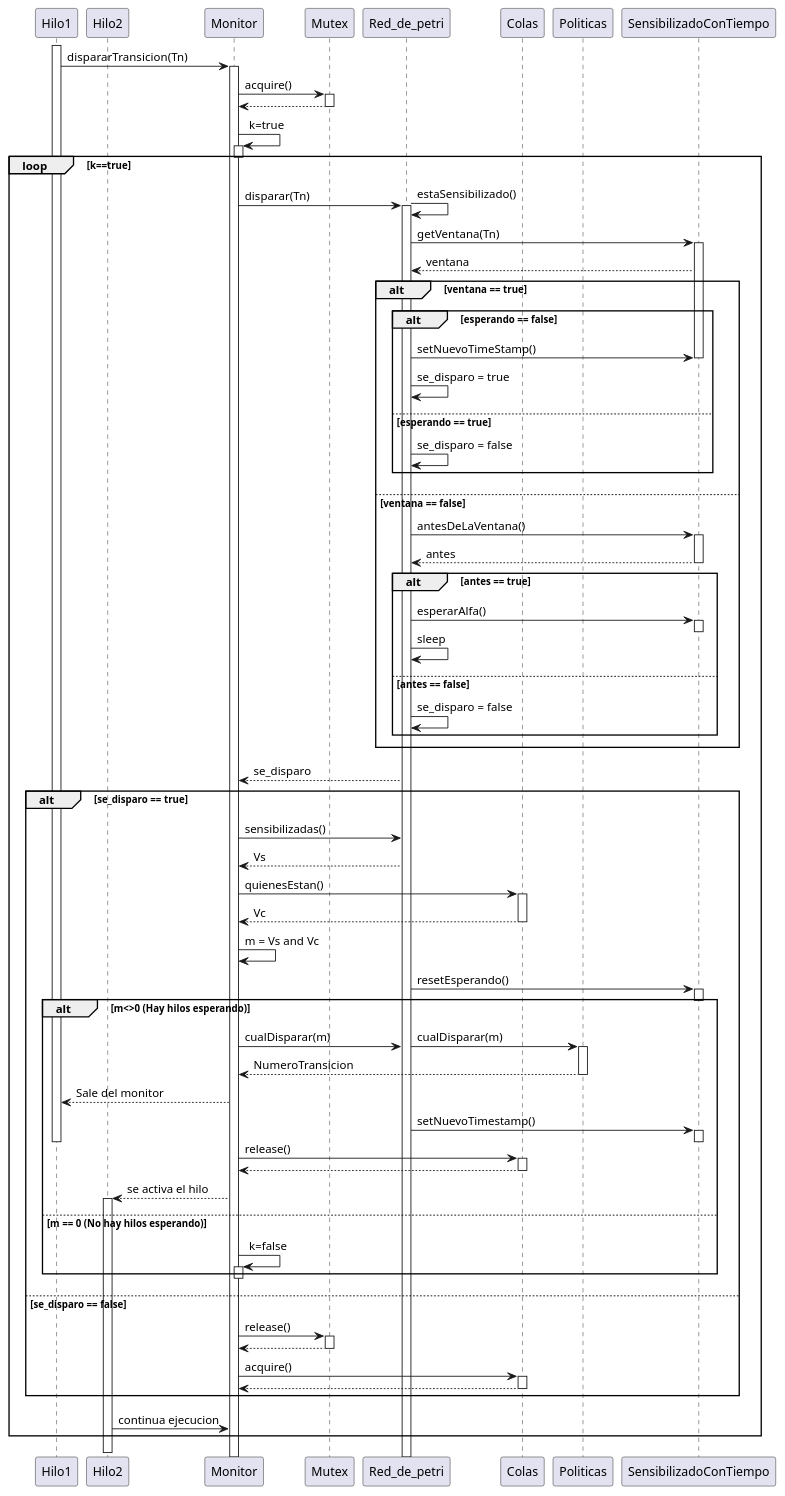
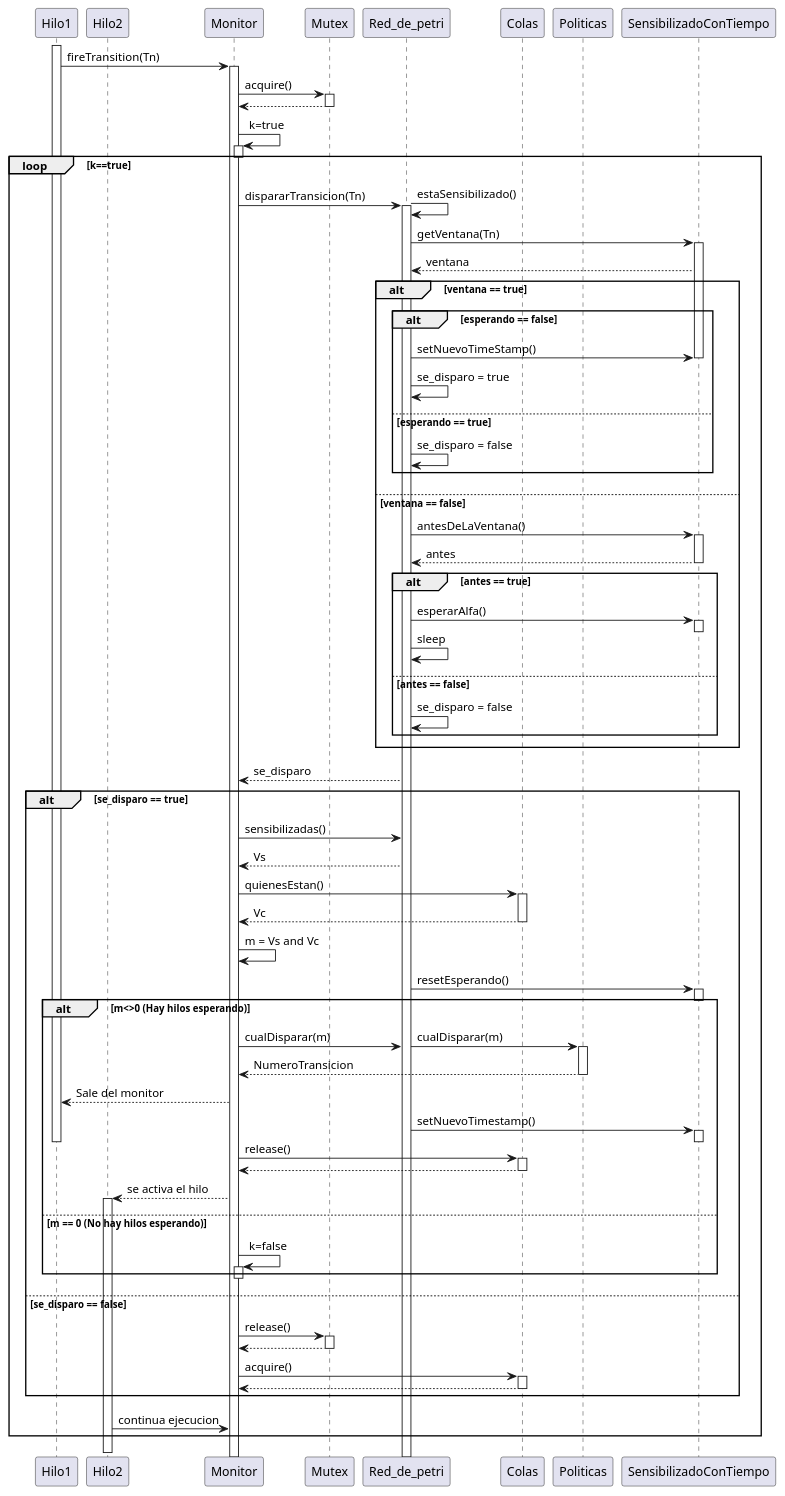
The diagram in doc/diagrama_sec_temp.puml (JosiasTomasnanez/flightAgencyAttendanceMonitor), drawn with PlantUML before and after one commit. The commit also changed 3 other files, not shown here.

Commit message:
Actualizacion diagramas de secuencia

```diff
--- a/doc/diagrama_sec_temp.puml
+++ b/doc/diagrama_sec_temp.puml
@@ -1,110 +1,110 @@
 @startuml secuencia
 !pragma teoz true
 ' Definicion de participantes
 participant Hilo1
 participant Hilo2
 participant Monitor
 participant Mutex
 participant Red_de_petri
 participant Colas 
 participant Politicas
 participant SensibilizadoConTiempo
 
 ' Secuencia
 '' El hilo intenta disparar una Transicion
 activate Hilo1
-Hilo1 -> Monitor : dispararTransicion(Tn)
+Hilo1 -> Monitor : fireTransition(Tn)
 activate Monitor
 Monitor -> Mutex : acquire()
 activate Mutex
 Mutex --> Monitor
 deactivate Mutex
 
 Monitor -> Monitor : k=true
 activate Monitor
 deactivate Monitor
 
 loop k==true
-    Monitor -> Red_de_petri : disparar(Tn)
+    Monitor -> Red_de_petri : dispararTransicion(Tn)
     activate Red_de_petri
     & Red_de_petri -> Red_de_petri : estaSensibilizado()
     Red_de_petri -> SensibilizadoConTiempo : getVentana(Tn)
     activate SensibilizadoConTiempo
     SensibilizadoConTiempo --> Red_de_petri : ventana
     
     alt ventana == true
         alt esperando == false
             Red_de_petri -> SensibilizadoConTiempo : setNuevoTimeStamp()
             deactivate SensibilizadoConTiempo
             Red_de_petri -> Red_de_petri : se_disparo = true
         else esperando == true
             Red_de_petri -> Red_de_petri : se_disparo = false
         end
         
     else ventana == false
         Red_de_petri -> SensibilizadoConTiempo : antesDeLaVentana()
         activate SensibilizadoConTiempo
         SensibilizadoConTiempo --> Red_de_petri : antes
         deactivate SensibilizadoConTiempo
         alt antes == true
             Red_de_petri -> SensibilizadoConTiempo : esperarAlfa()
             activate SensibilizadoConTiempo
             deactivate SensibilizadoConTiempo
             Red_de_petri -> Red_de_petri : sleep
         else antes == false
             Red_de_petri -> Red_de_petri : se_disparo = false    
         end 
     end
 
     Red_de_petri --> Monitor : se_disparo
     
     alt se_disparo == true
         Monitor -> Red_de_petri : sensibilizadas()
         Red_de_petri --> Monitor : Vs
         Monitor -> Colas : quienesEstan()
         activate Colas
         Colas --> Monitor : Vc
         deactivate Colas
         Monitor -> Monitor : m = Vs and Vc
         Red_de_petri -> SensibilizadoConTiempo : resetEsperando()
         activate SensibilizadoConTiempo
         deactivate SensibilizadoConTiempo
         alt m<>0 (Hay hilos esperando)
             Monitor-> Red_de_petri : cualDisparar(m)
             & Red_de_petri -> Politicas : cualDisparar(m)
             activate Politicas
             Politicas --> Monitor : NumeroTransicion
             deactivate Politicas
             Monitor --> Hilo1 : Sale del monitor
             Red_de_petri -> SensibilizadoConTiempo : setNuevoTimestamp()
             activate SensibilizadoConTiempo
             deactivate SensibilizadoConTiempo 
             deactivate Hilo1
             Monitor -> Colas : release()
             activate Colas
             Colas --> Monitor
             deactivate Colas
             Monitor --> Hilo2 : se activa el hilo
             activate Hilo2
         else m == 0 (No hay hilos esperando)
             Monitor -> Monitor : k=false
             activate Monitor
             deactivate Monitor
         end
     else se_disparo == false
         Monitor -> Mutex : release()
         activate Mutex
         Mutex --> Monitor
         deactivate Mutex
         Monitor-> Colas : acquire()
         activate Colas
         Colas --> Monitor
         deactivate Colas
 
     end
     Hilo2 -> Monitor : continua ejecucion
 end
 deactivate Hilo2
 
 
 @enduml
```
